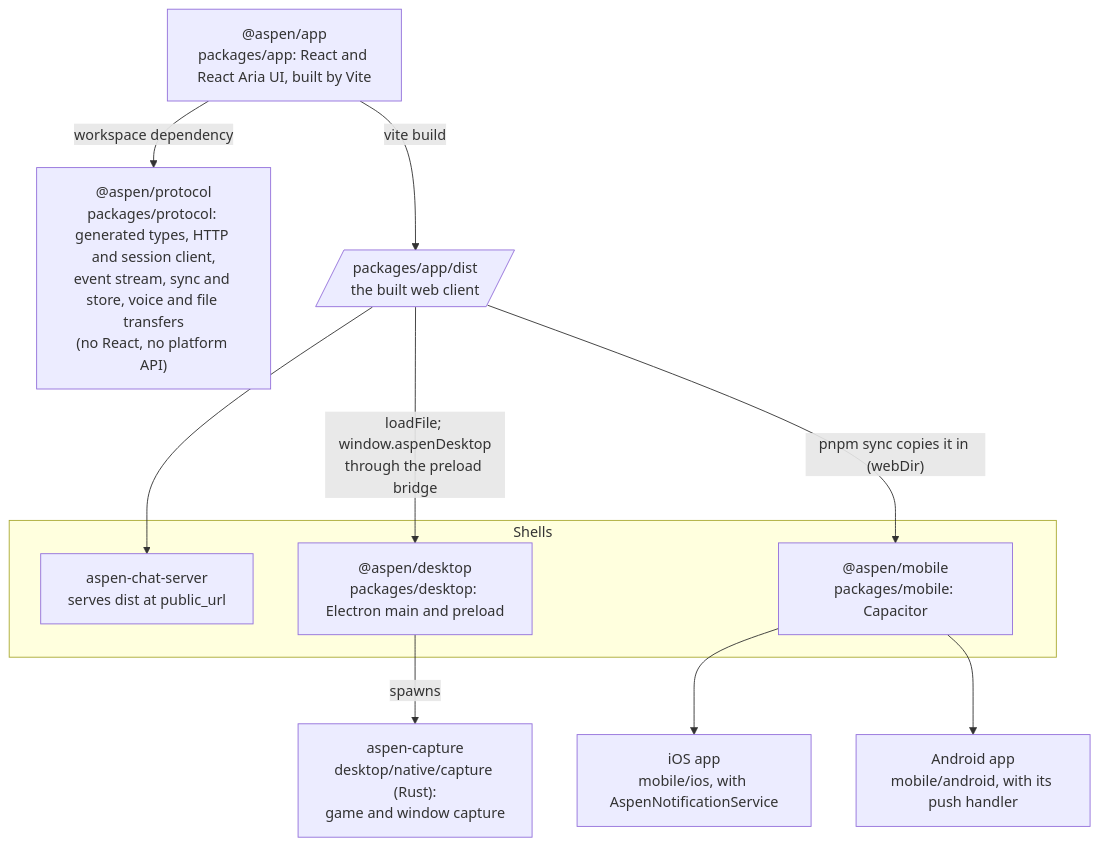
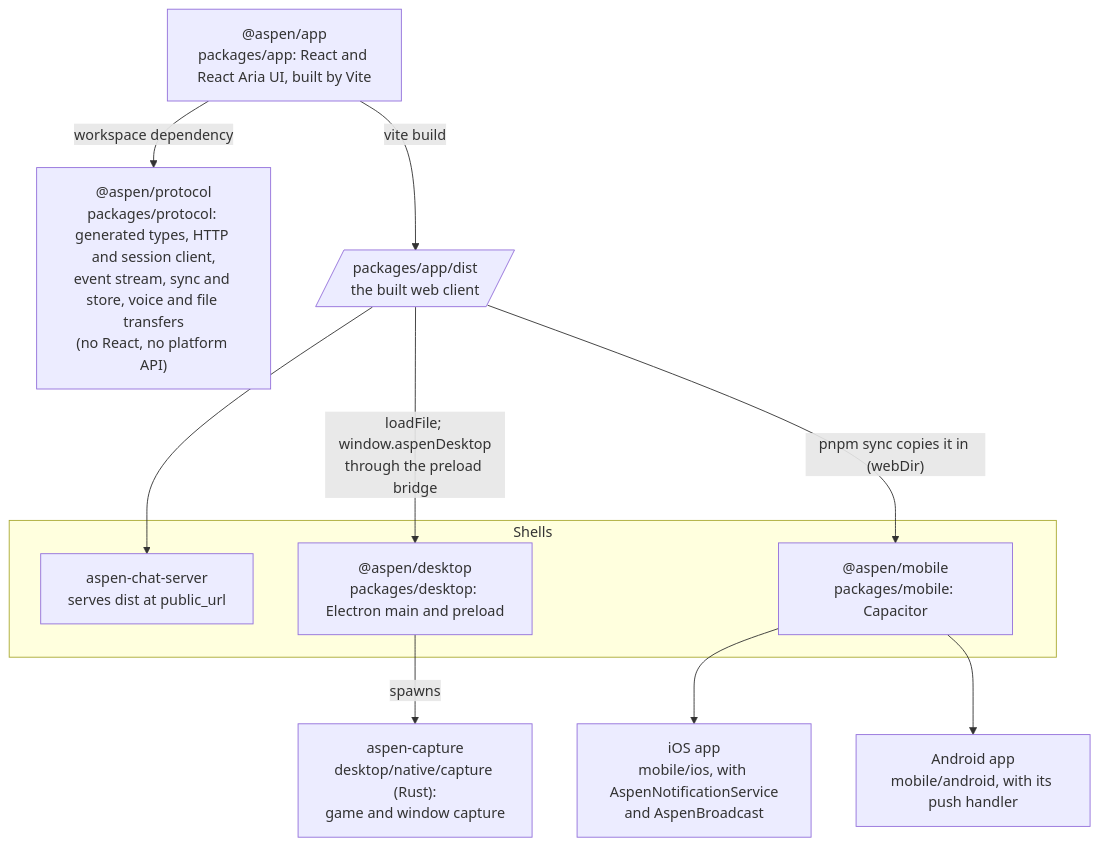
The first of 2 diagrams in docs/diagrams/client.md (aspen-chat/aspen-chat-server), drawn with Mermaid before and after one commit. The commit also changed other lines of this file and 11 other files, not shown here.

````diff
--- a/docs/diagrams/client.md
+++ b/docs/diagrams/client.md
@@ -9,24 +9,24 @@
 ```mermaid
 flowchart TB
     protocol["@aspen/protocol<br/>packages/protocol: generated types, HTTP and session client,<br/>event stream, sync and store, voice and file transfers<br/>(no React, no platform API)"]
     app["@aspen/app<br/>packages/app: React and React Aria UI, built by Vite"]
     dist[/"packages/app/dist<br/>the built web client"/]
 
     subgraph shells["Shells"]
         server["aspen-chat-server<br/>serves dist at public_url"]
         desktop["@aspen/desktop<br/>packages/desktop: Electron main and preload"]
         mobile["@aspen/mobile<br/>packages/mobile: Capacitor"]
     end
 
     capture["aspen-capture<br/>desktop/native/capture (Rust):<br/>game and window capture"]
-    ios["iOS app<br/>mobile/ios, with AspenNotificationService"]
+    ios["iOS app<br/>mobile/ios, with AspenNotificationService<br/>and AspenBroadcast"]
     android["Android app<br/>mobile/android, with its push handler"]
 
     app -- "workspace dependency" --> protocol
     app -- "vite build" --> dist
     dist --> server
     dist -- "loadFile; window.aspenDesktop<br/>through the preload bridge" --> desktop
     dist -- "pnpm sync copies it in (webDir)" --> mobile
     desktop -- "spawns" --> capture
     mobile --> ios & android
 ```
````
